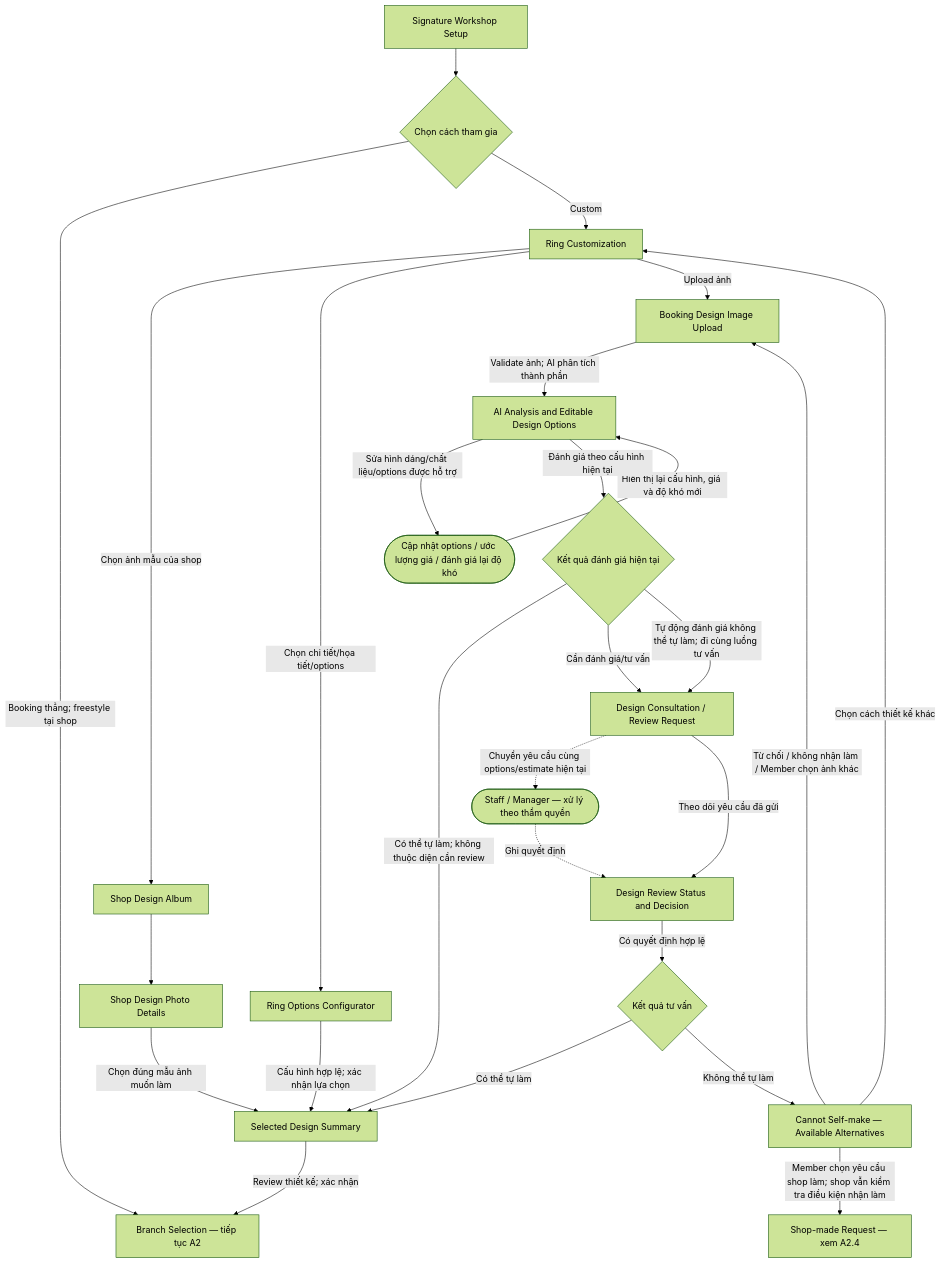
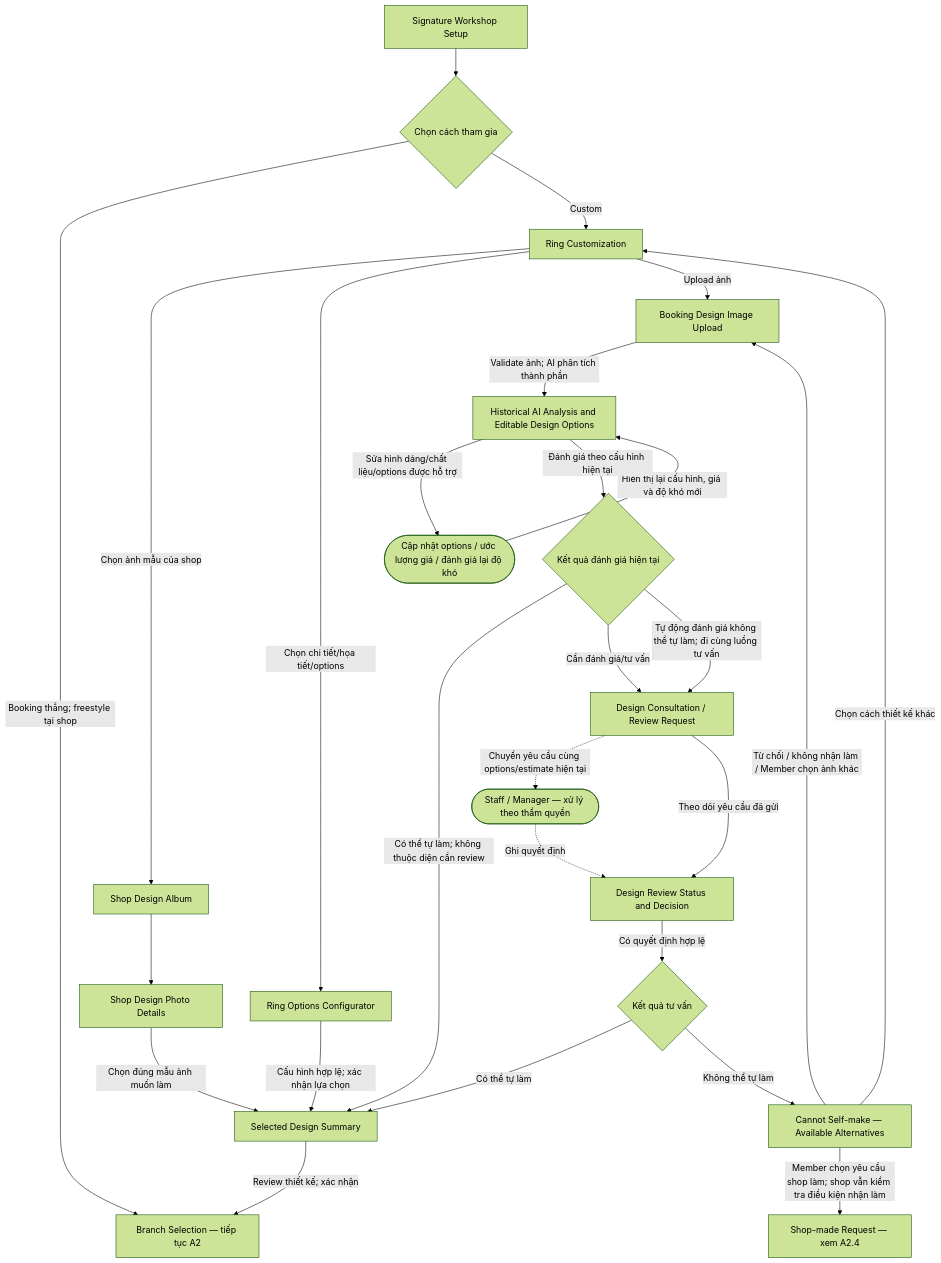
One commit to quoc-ca/mland-operations-hub changed the fifth of 10 diagrams in ppswbs-spec/screen.md. Above: the diagram before and after it, drawn with Mermaid (forest theme). The commit also changed other lines of this file and 54 other files, not shown here.

Commit message:
feat(ring-design,design-request): math recommendations, consultation handoff, saved ring lifecycle, and custom flow ui refinement

````diff
--- a/ppswbs-spec/screen.md
+++ b/ppswbs-spec/screen.md
@@ -317,46 +335,46 @@
 ```mermaid
 flowchart TB
     Signature["Signature Workshop Setup"]
     Path{"Chọn cách tham gia"}
     Custom["Ring Customization"]
     Album["Shop Design Album"]
     Photo["Shop Design Photo Details"]
     Config["Ring Options Configurator"]
     Image["Booking Design Image Upload"]
-    Analysis["AI Analysis and Editable Design Options"]
+    Analysis["Historical AI Analysis and Editable Design Options"]
     Recalculate(["Cập nhật options / ước lượng giá / đánh giá lại độ khó"])
     Difficulty{"Kết quả đánh giá hiện tại"}
     Consult["Design Consultation / Review Request"]
     Review["Design Review Status and Decision"]
     Reviewer(["Staff / Manager — xử lý theo thẩm quyền"])
     Outcome{"Kết quả tư vấn"}
     Alternatives["Cannot Self-make — Available Alternatives"]
     ShopRequest["Shop-made Request — xem A2.4"]
     Selected["Selected Design Summary"]
     Branch["Branch Selection — tiếp tục A2"]
 
     Signature --> Path
     Path -->|"Booking thẳng; freestyle tại shop"| Branch
     Path -->|"Custom"| Custom
     Custom -->|"Chọn ảnh mẫu của shop"| Album --> Photo
     Photo -->|"Chọn đúng mẫu ảnh muốn làm"| Selected
     Custom -->|"Chọn chi tiết/họa tiết/options"| Config
     Config -->|"Cấu hình hợp lệ; xác nhận lựa chọn"| Selected
     Custom -->|"Upload ảnh"| Image -->|"Validate ảnh; AI phân tích thành phần"| Analysis
     Analysis -->|"Sửa hình dáng/chất liệu/options được hỗ trợ"| Recalculate
     Recalculate -->|"Hiển thị lại cấu hình, giá và độ khó mới"| Analysis
     Analysis -->|"Đánh giá theo cấu hình hiện tại"| Difficulty
     Difficulty -->|"Có thể tự làm; không thuộc diện cần review"| Selected
     Difficulty -->|"Cần đánh giá/tư vấn"| Consult
     Difficulty -->|"Tự động đánh giá không thể tự làm; đi cùng luồng tư vấn"| Consult
     Consult -.->|"Chuyển yêu cầu cùng options/estimate hiện tại"| Reviewer
     Reviewer -.->|"Ghi quyết định"| Review
     Consult -->|"Theo dõi yêu cầu đã gửi"| Review
     Review -->|"Có quyết định hợp lệ"| Outcome
     Outcome -->|"Có thể tự làm"| Selected
     Outcome -->|"Không thể tự làm"| Alternatives
     Alternatives -->|"Member chọn yêu cầu shop làm; shop vẫn kiểm tra điều kiện nhận làm"| ShopRequest
     Alternatives -->|"Từ chối / không nhận làm / Member chọn ảnh khác"| Image
     Alternatives -->|"Chọn cách thiết kế khác"| Custom
     Selected -->|"Review thiết kế; xác nhận"| Branch
 ```
````
